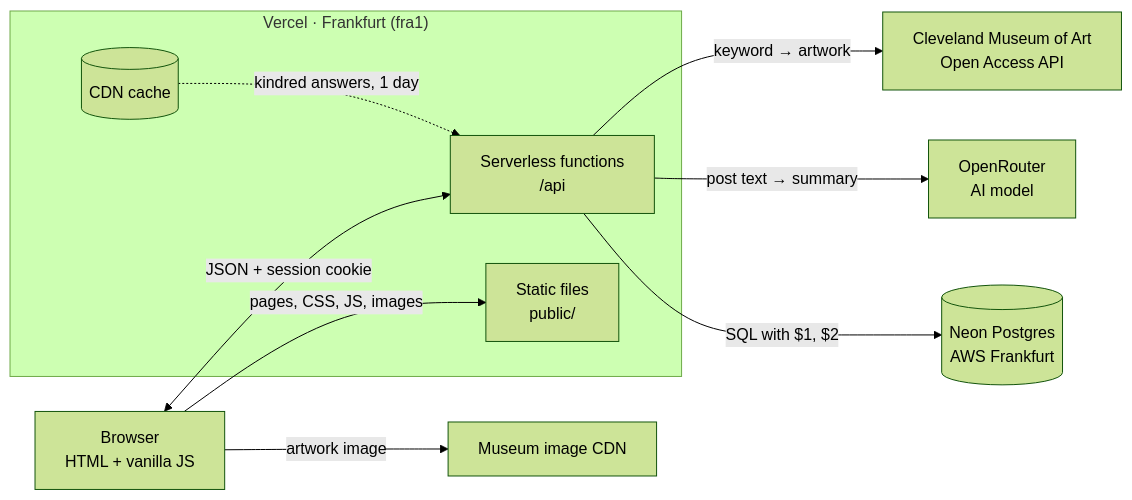
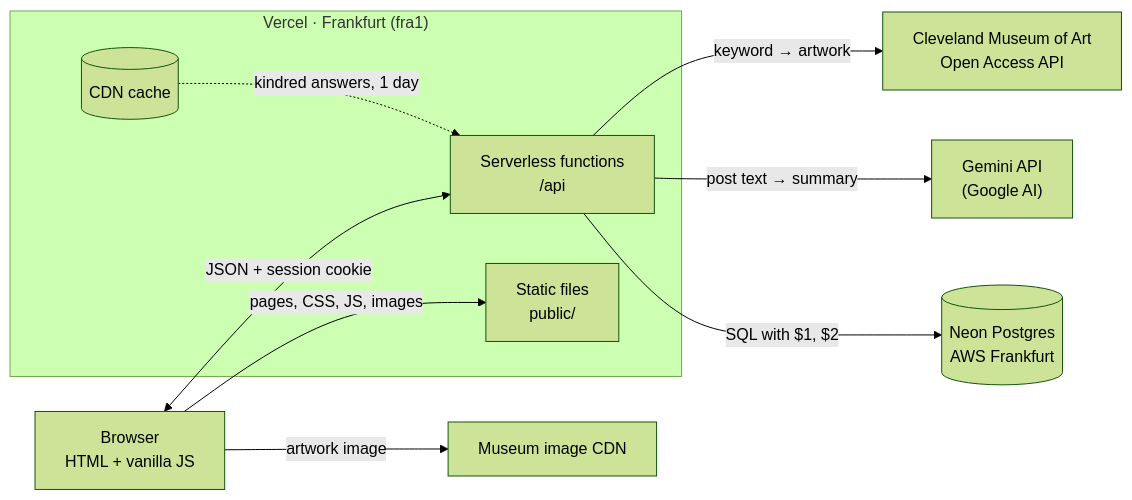
One commit to elijaho-keh/elias-blog changed the first of 5 diagrams in docs/architecture.md. Above: the diagram before and after it, drawn with Mermaid (forest theme). The commit also changed other lines of this file and 5 other files, not shown here.

First line of the commit message:
Use Google Gemini (free tier) for AI summaries, keep OpenRouter as option

````diff
--- a/docs/architecture.md
+++ b/docs/architecture.md
@@ -22,23 +22,23 @@
 ```mermaid
 flowchart LR
   B["Browser<br/>HTML + vanilla JS"]
 
   subgraph V["Vercel · Frankfurt (fra1)"]
     S["Static files<br/>public/"]
     A["Serverless functions<br/>/api"]
     C[("CDN cache")]
   end
 
   N[("Neon Postgres<br/>AWS Frankfurt")]
-  O["OpenRouter<br/>AI model"]
+  O["Gemini API<br/>(Google AI)"]
   M["Cleveland Museum of Art<br/>Open Access API"]
   MI["Museum image CDN"]
 
   B -->|"pages, CSS, JS, images"| S
   B <-->|"JSON + session cookie"| A
   A -->|"SQL with $1, $2"| N
   A -->|"post text → summary"| O
   A -->|"keyword → artwork"| M
   C -.->|"kindred answers, 1 day"| A
   B -->|"artwork image"| MI
 ```
````
